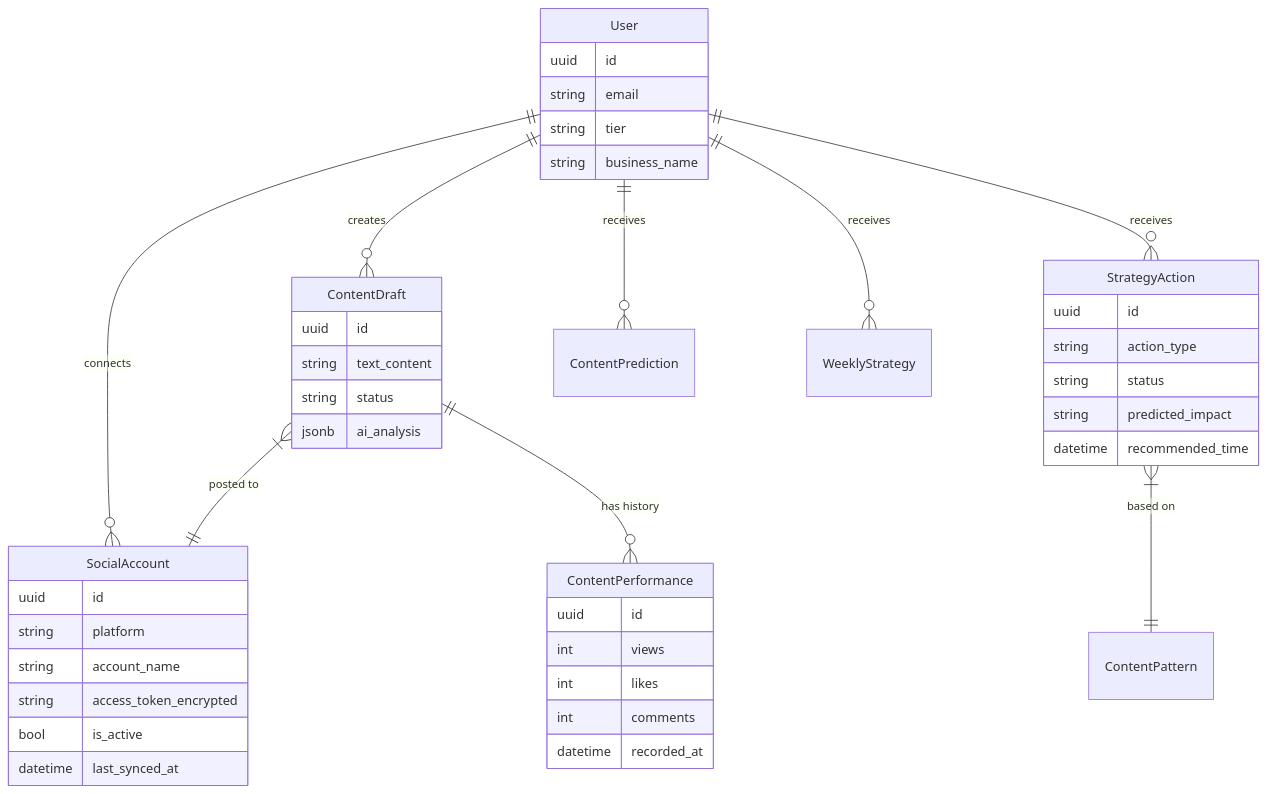
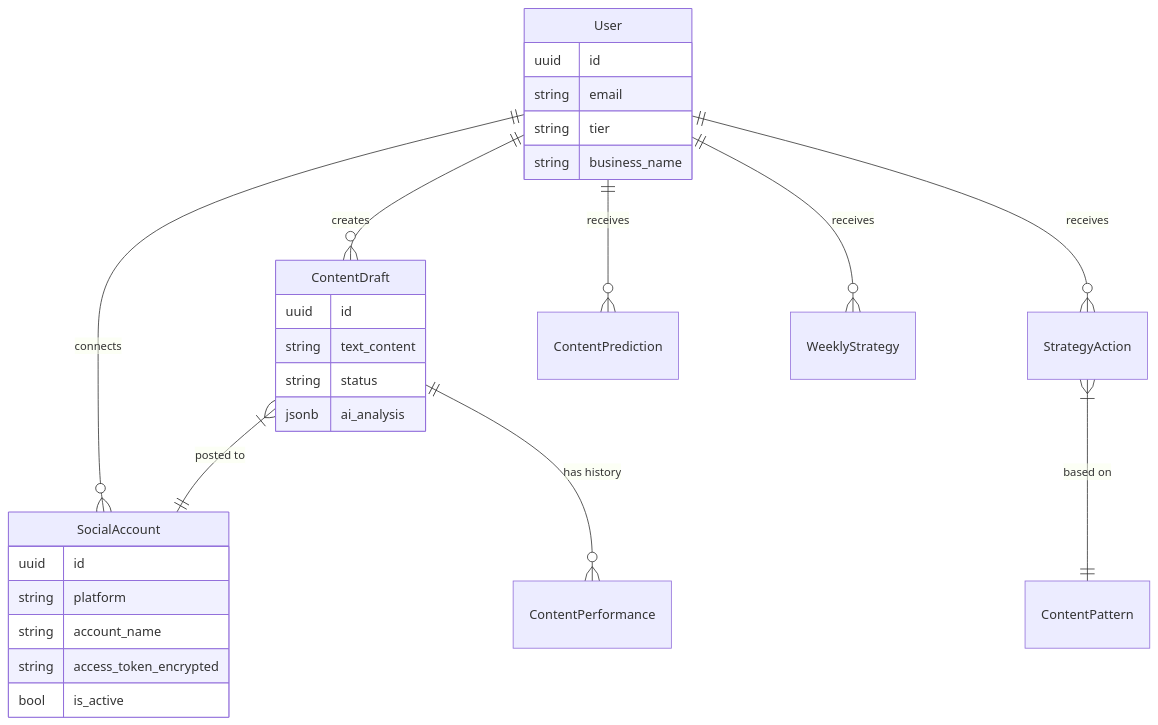
The first of 3 diagrams in README.md (Nikhileshpal145/creator-os), drawn with Mermaid before and after one commit. The commit also changed other lines of this file, not shown here.

````diff
--- a/README.md
+++ b/README.md
@@ -8,52 +199,35 @@
 ```mermaid
 erDiagram
     User ||--o{ SocialAccount : "connects"
     User ||--o{ ContentDraft : "creates"
     User ||--o{ StrategyAction : "receives"
     User ||--o{ ContentPrediction : "receives"
     User ||--o{ WeeklyStrategy : "receives"
 
     ContentDraft ||--o{ ContentPerformance : "has history"
     ContentDraft }|--|| SocialAccount : "posted to"
 
     StrategyAction }|--|| ContentPattern : "based on"
     
     User {
         uuid id
         string email
         string tier
         string business_name
     }
 
     SocialAccount {
         uuid id
         string platform
         string account_name
         string access_token_encrypted
         bool is_active
-        datetime last_synced_at
     }
 
     ContentDraft {
         uuid id
         string text_content
         string status
         jsonb ai_analysis
     }
-
-    ContentPerformance {
-        uuid id
-        int views
-        int likes
-        int comments
-        datetime recorded_at
-    }
-
-    StrategyAction {
-        uuid id
-        string action_type
-        string status
-        string predicted_impact
-        datetime recommended_time
-    }
 ```
````
